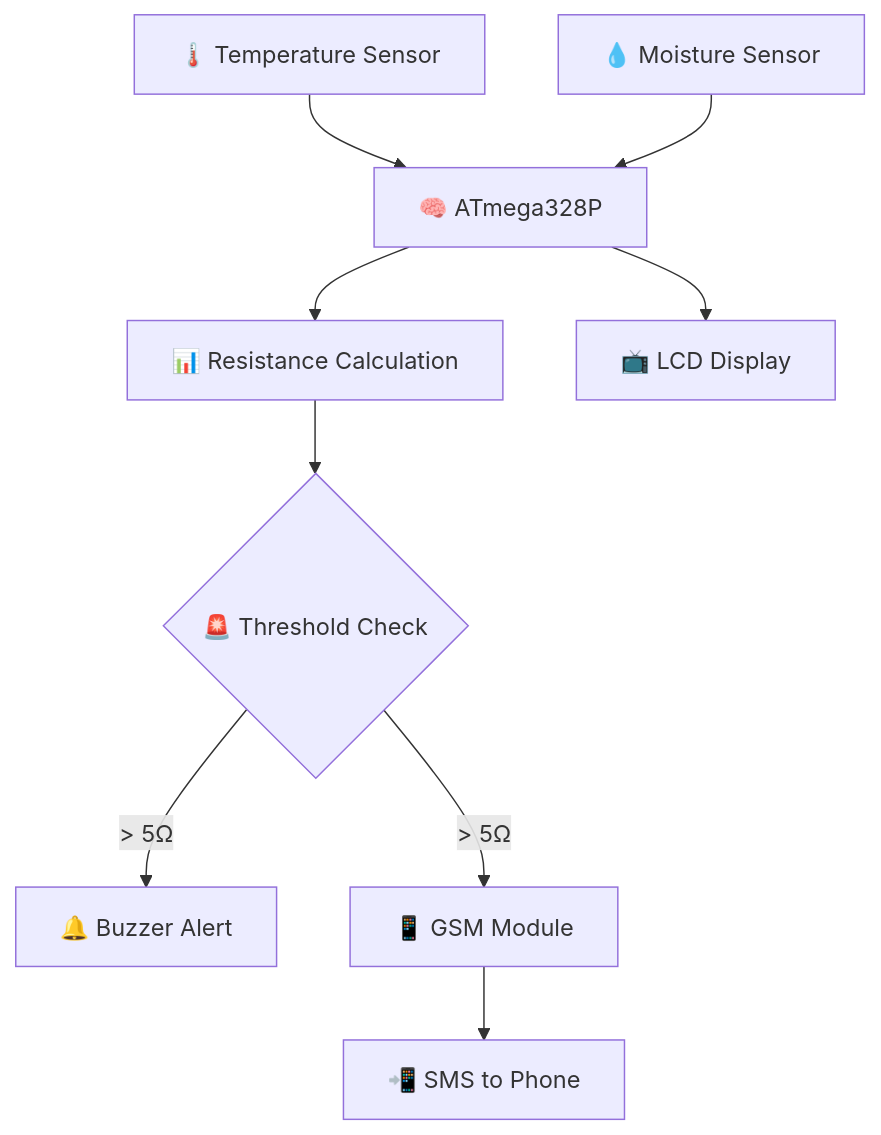
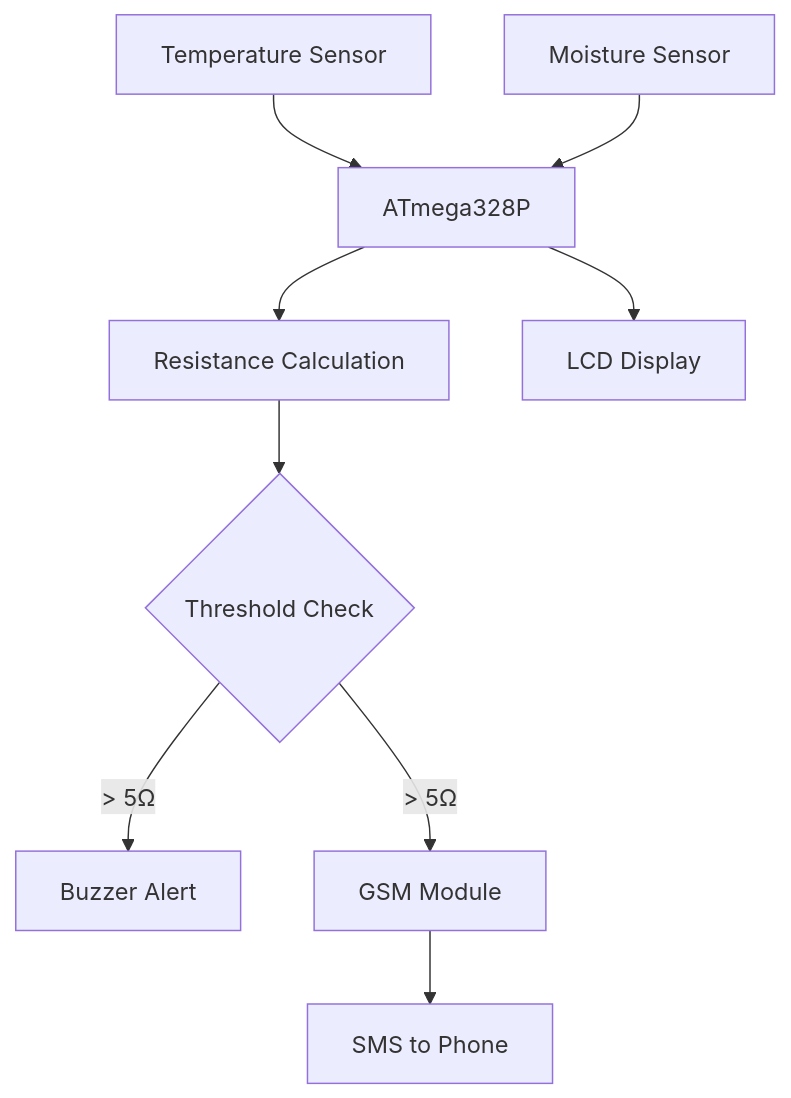
One commit to bengentle10/remote-soil-resistance-monitoring changed the first of 2 diagrams in README.md. Above: the diagram before and after it, drawn with Mermaid. The commit also changed other lines of this file, not shown here.

````diff
--- a/README.md
+++ b/README.md
@@ -89,11 +80,11 @@
 ```mermaid
 graph TD
-    A[🌡️ Temperature Sensor] --> D[🧠 ATmega328P]
-    B[💧 Moisture Sensor] --> D
-    D --> E[📊 Resistance Calculation]
-    E --> F{🚨 Threshold Check}
-    F -->|> 5Ω| G[🔔 Buzzer Alert]
-    F -->|> 5Ω| H[📱 GSM Module]
-    H --> I[📲 SMS to Phone]
-    D --> J[📺 LCD Display]
+    A[Temperature Sensor] --> D[ATmega328P]
+    B[Moisture Sensor] --> D
+    D --> E[Resistance Calculation]
+    E --> F{Threshold Check}
+    F -->|> 5Ω| G[Buzzer Alert]
+    F -->|> 5Ω| H[GSM Module]
+    H --> I[SMS to Phone]
+    D --> J[LCD Display]
 ```
````
